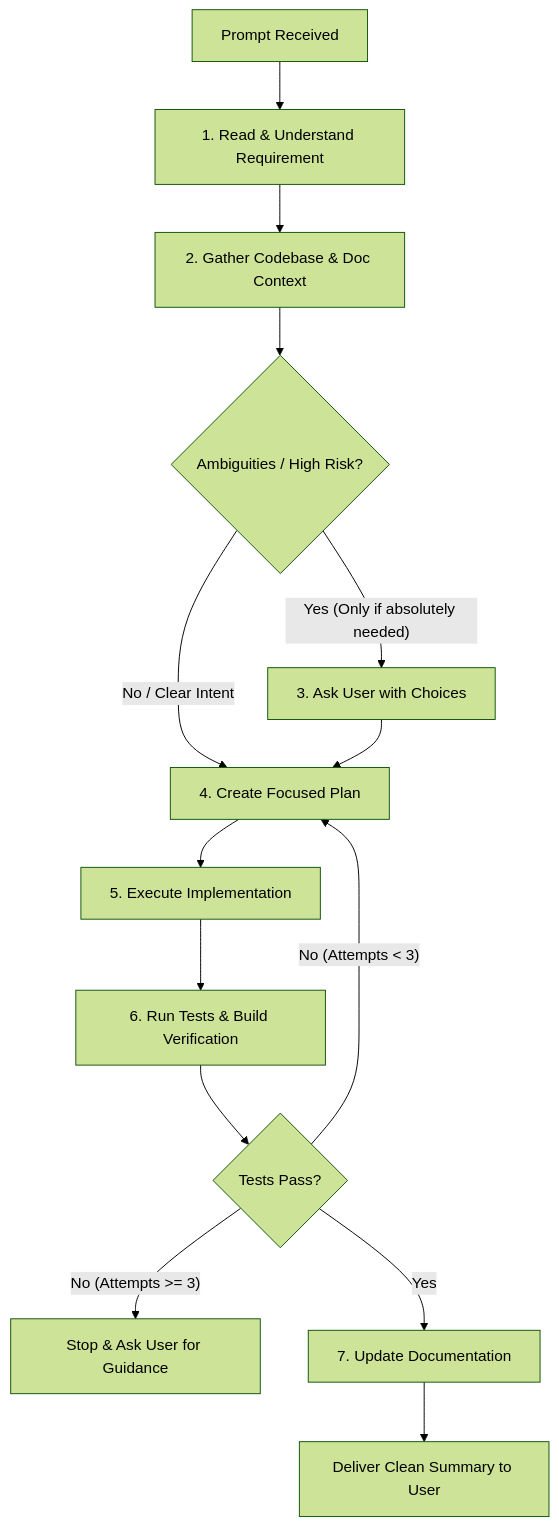
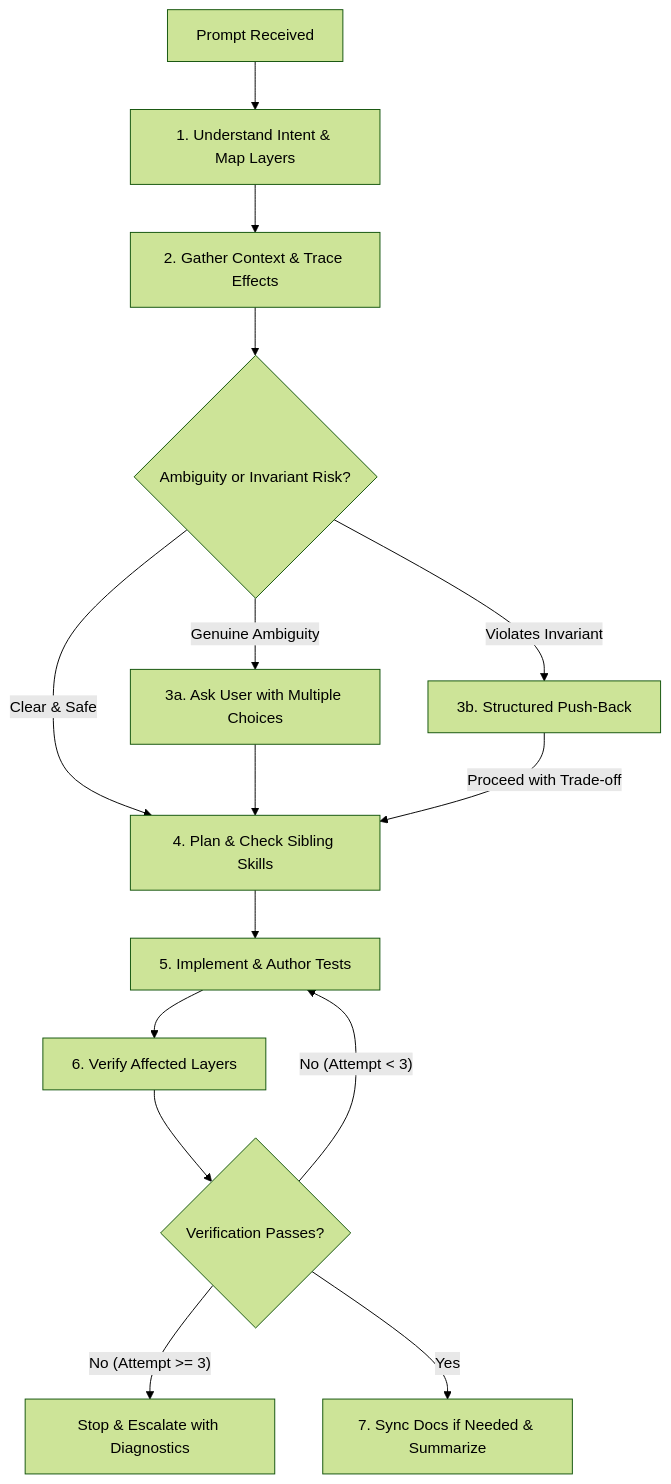
Before and after one commit to alendnl/zap: the diagram in .agents/skills/build/SKILL.md, drawn with Mermaid (forest theme). The commit also changed other lines of this file and 20 other files, not shown here.

Commit message:
feat(skills): overhaul build skill, invariants reference, evals, and verify_build.sh

````diff
--- a/.agents/skills/build/SKILL.md
+++ b/.agents/skills/build/SKILL.md
@@ -17,16 +34,17 @@
 ```mermaid
 flowchart TD
-    A[Prompt Received] --> B[1. Read & Understand Requirement]
-    B --> C[2. Gather Codebase & Doc Context]
-    C --> D{Ambiguities / High Risk?}
-    D -- "Yes (Only if absolutely needed)" --> E[3. Ask User with Choices]
-    D -- "No / Clear Intent" --> F[4. Create Focused Plan]
-    E --> F
-    F --> G[5. Execute Implementation]
-    G --> H[6. Run Tests & Build Verification]
-    H --> I{Tests Pass?}
-    I -- "No (Attempts < 3)" --> F
-    I -- "No (Attempts >= 3)" --> J[Stop & Ask User for Guidance]
-    I -- "Yes" --> K[7. Update Documentation]
-    K --> L[Deliver Clean Summary to User]
+    A[Prompt Received] --> B[1. Understand Intent & Map Layers]
+    B --> C[2. Gather Context & Trace Effects]
+    C --> D{Ambiguity or Invariant Risk?}
+    D -- "Genuine Ambiguity" --> E[3a. Ask User with Multiple Choices]
+    D -- "Violates Invariant" --> F[3b. Structured Push-Back]
+    D -- "Clear & Safe" --> G[4. Plan & Check Sibling Skills]
+    E --> G
+    F -- "Proceed with Trade-off" --> G
+    G --> H[5. Implement & Author Tests]
+    H --> I[6. Verify Affected Layers]
+    I --> J{Verification Passes?}
+    J -- "No (Attempt < 3)" --> H
+    J -- "No (Attempt >= 3)" --> K[Stop & Escalate with Diagnostics]
+    J -- "Yes" --> L[7. Sync Docs if Needed & Summarize]
 ```
````
